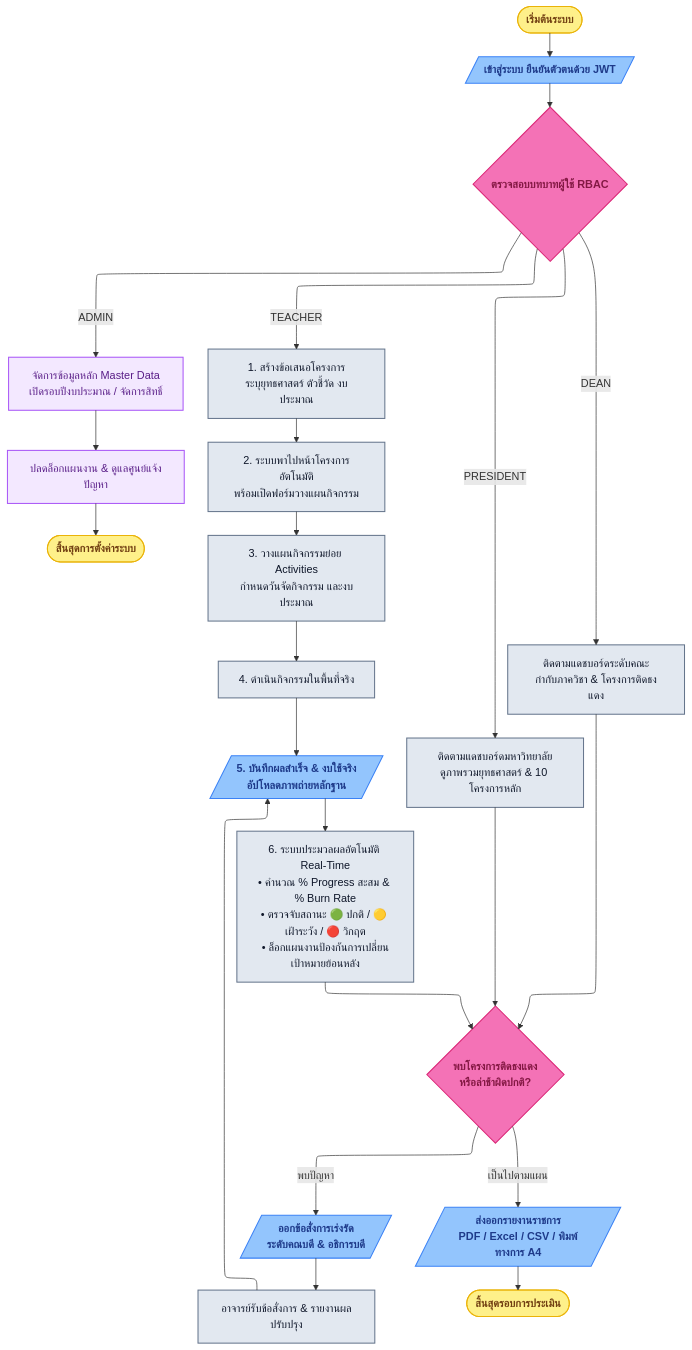
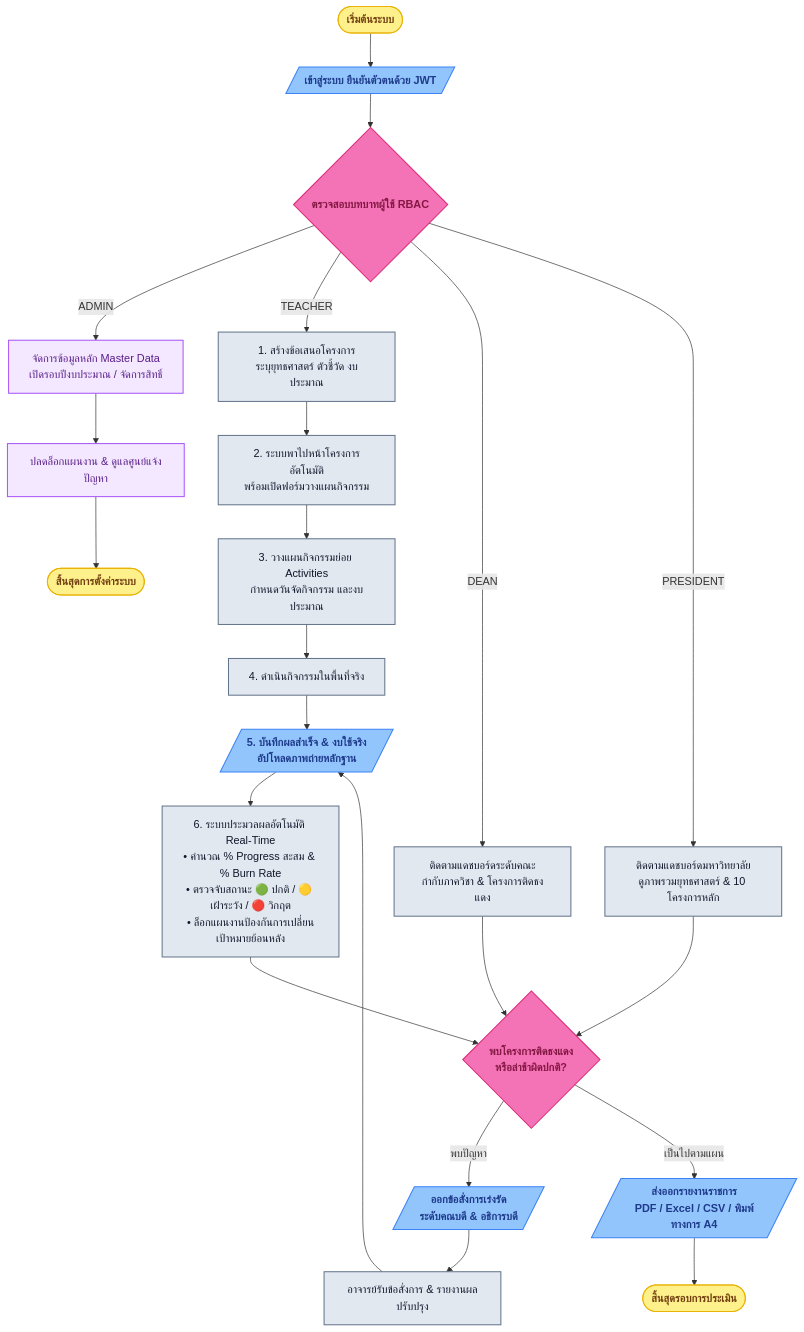
Before and after one commit to teeraphonn/bru-strategic-tracking: the diagram in flowchart.md, drawn with Mermaid. The commit also changed other lines of this file, not shown here.

Commit message:
Fix: Remove YAML frontmatter for 100% compatible Mermaid rendering

````diff
--- a/flowchart.md
+++ b/flowchart.md
@@ -10,64 +4,50 @@
 ```mermaid
----
-config:
-  layout: elk
----
 flowchart TD
-    %% ==========================================
     %% 1. START & LOGIN
-    %% ==========================================
     Start([เริ่มต้นระบบ]) --> Login[/เข้าสู่ระบบ ยืนยันตัวตนด้วย JWT/]
     
     Login --> RoleCheck{ตรวจสอบบทบาทผู้ใช้ RBAC}
     
-    %% ==========================================
     %% 2. ADMIN BRANCH (ซ้าย)
-    %% ==========================================
     RoleCheck -->|ADMIN| AdminMaster[จัดการข้อมูลหลัก Master Data<br/>เปิดรอบปีงบประมาณ / จัดการสิทธิ์]
     AdminMaster --> AdminUnlock[ปลดล็อกแผนงาน & ดูแลศูนย์แจ้งปัญหา]
     AdminUnlock --> EndAdmin([สิ้นสุดการตั้งค่าระบบ])
     
-    %% ==========================================
     %% 3. TEACHER MAIN PIPELINE (กลาง)
-    %% ==========================================
     RoleCheck -->|TEACHER| TeacherProj[1. สร้างข้อเสนอโครงการ<br/>ระบุยุทธศาสตร์ ตัวชี้วัด งบประมาณ]
     TeacherProj --> AutoRedirect[2. ระบบพาไปหน้าโครงการอัตโนมัติ<br/>พร้อมเปิดฟอร์มวางแผนกิจกรรม]
     AutoRedirect --> PlanAct[3. วางแผนกิจกรรมย่อย Activities<br/>กำหนดวันจัดกิจกรรม และงบประมาณ]
     PlanAct --> DoAct[4. ดำเนินกิจกรรมในพื้นที่จริง]
     DoAct --> ReportAct[/5. บันทึกผลสำเร็จ & งบใช้จริง<br/>อัปโหลดภาพถ่ายหลักฐาน/]
     
     ReportAct --> EngineCalc["6. ระบบประมวลผลอัตโนมัติ Real-Time<br/>• คำนวณ % Progress สะสม & % Burn Rate<br/>• ตรวจจับสถานะ 🟢 ปกติ / 🟡 เฝ้าระวัง / 🔴 วิกฤต<br/>• ล็อกแผนงานป้องกันการเปลี่ยนเป้าหมายย้อนหลัง"]
     
-    %% ==========================================
     %% 4. EXECUTIVE OVERSIGHT & DECISION
-    %% ==========================================
     RoleCheck -->|DEAN| DeanDashboard[ติดตามแดชบอร์ดระดับคณะ<br/>กำกับภาควิชา & โครงการติดธงแดง]
     RoleCheck -->|PRESIDENT| PresDashboard[ติดตามแดชบอร์ดมหาวิทยาลัย<br/>ดูภาพรวมยุทธศาสตร์ & 10 โครงการหลัก]
     
     EngineCalc --> DeanPresOversight{พบโครงการติดธงแดง<br/>หรือล่าช้าผิดปกติ?}
     DeanDashboard --> DeanPresOversight
     PresDashboard --> DeanPresOversight
     
     %% Decision Branches
     DeanPresOversight -->|พบปัญหา| SendDirective[/ออกข้อสั่งการเร่งรัด<br/>ระดับคณบดี & อธิการบดี/]
     SendDirective --> TeacherReceive[อาจารย์รับข้อสั่งการ & รายงานผลปรับปรุง]
     TeacherReceive --> ReportAct
     
     DeanPresOversight -->|เป็นไปตามแผน| ExportReport[/ส่งออกรายงานราชการ<br/>PDF / Excel / CSV / พิมพ์ทางการ A4/]
     ExportReport --> End([สิ้นสุดรอบการประเมิน])
 
-    %% ==========================================
     %% STYLING (MATCHING REFERENCE IMAGE)
-    %% ==========================================
     classDef startEnd fill:#fef08a,stroke:#eab308,stroke-width:1.5px,color:#713f12,font-weight:bold;
     classDef io fill:#93c5fd,stroke:#3b82f6,stroke-width:1.5px,color:#1e3a8a,font-weight:bold;
     classDef process fill:#e2e8f0,stroke:#64748b,stroke-width:1.5px,color:#0f172a;
     classDef decision fill:#f472b6,stroke:#db2777,stroke-width:1.5px,color:#831843,font-weight:bold;
     classDef adminNode fill:#f3e8ff,stroke:#a855f7,stroke-width:1.5px,color:#581c87;
 
     class Start,End,EndAdmin startEnd;
     class Login,ReportAct,SendDirective,ExportReport io;
     class RoleCheck,DeanPresOversight decision;
     class TeacherProj,AutoRedirect,PlanAct,DoAct,EngineCalc,DeanDashboard,PresDashboard,TeacherReceive process;
     class AdminMaster,AdminUnlock adminNode;
 ```
````
